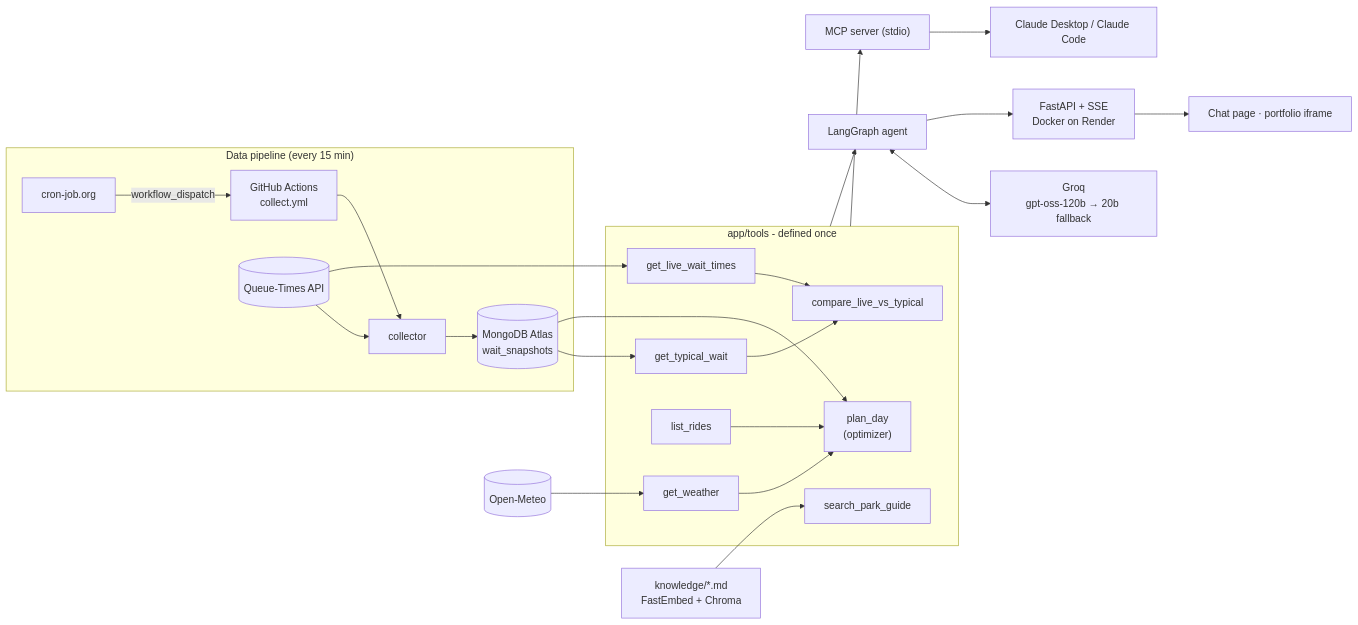
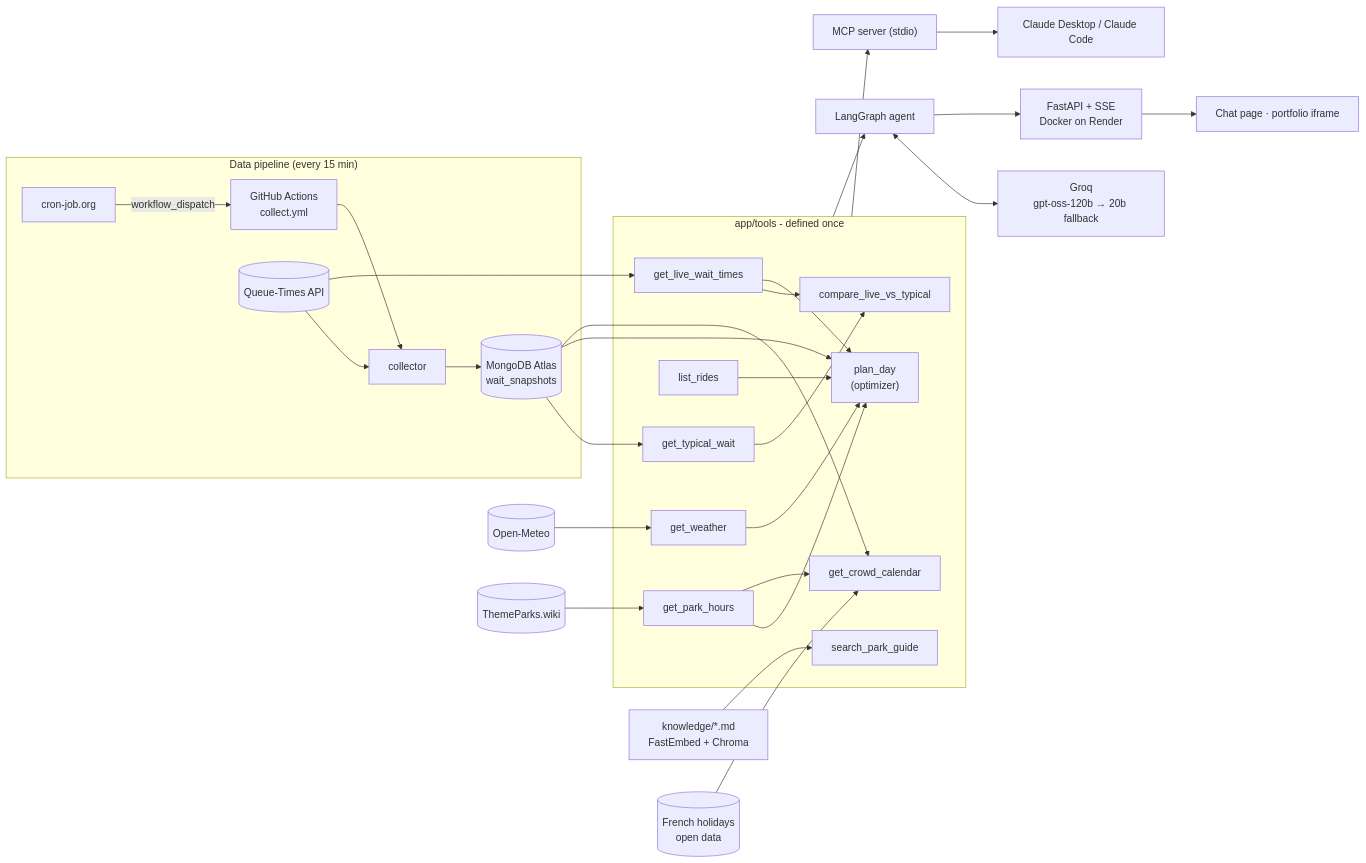
One commit to r3miphilippot/park-copilot changed the first of 2 diagrams in README.md. Above: the diagram before and after it, drawn with Mermaid. The commit also changed other lines of this file and 23 other files, not shown here.

First line of the commit message:
feat: official hours, ride closures, crowd calendar, seasonal history, live re-planning

````diff
--- a/README.md
+++ b/README.md
@@ -37,33 +44,38 @@
 ```mermaid
 flowchart LR
   subgraph pipeline["Data pipeline (every 15 min)"]
     CRON["cron-job.org"] -->|"workflow_dispatch"| GHA["GitHub Actions<br/>collect.yml"]
     GHA --> COL["collector"]
     QT[("Queue-Times API")] --> COL
     COL --> DB[("MongoDB Atlas<br/>wait_snapshots")]
   end
 
   subgraph tools["app/tools - defined once"]
     T1["get_live_wait_times"]
     T2["get_typical_wait"]
     T3["compare_live_vs_typical"]
     T4["get_weather"]
     T5["search_park_guide"]
     T6["list_rides"]
     T7["plan_day<br/>(optimizer)"]
+    T8["get_park_hours"]
+    T9["get_crowd_calendar"]
   end
 
   QT --> T1
   DB --> T2
   T1 & T2 --> T3
   OM[("Open-Meteo")] --> T4
   KB["knowledge/*.md<br/>FastEmbed + Chroma"] --> T5
-  DB & T4 & T6 --> T7
+  TPW[("ThemeParks.wiki")] --> T8
+  DB & T4 & T6 & T8 & T1 --> T7
+  HOL[("French holidays<br/>open data")] --> T9
+  DB & T8 --> T9
 
   tools --> AGENT["LangGraph agent"]
   tools --> MCP["MCP server (stdio)"]
   AGENT <--> LLM["Groq<br/>gpt-oss-120b → 20b fallback"]
   AGENT --> API["FastAPI + SSE<br/>Docker on Render"]
   API --> UI["Chat page · portfolio iframe"]
   MCP --> CLAUDE["Claude Desktop / Claude Code"]
 ```
````
